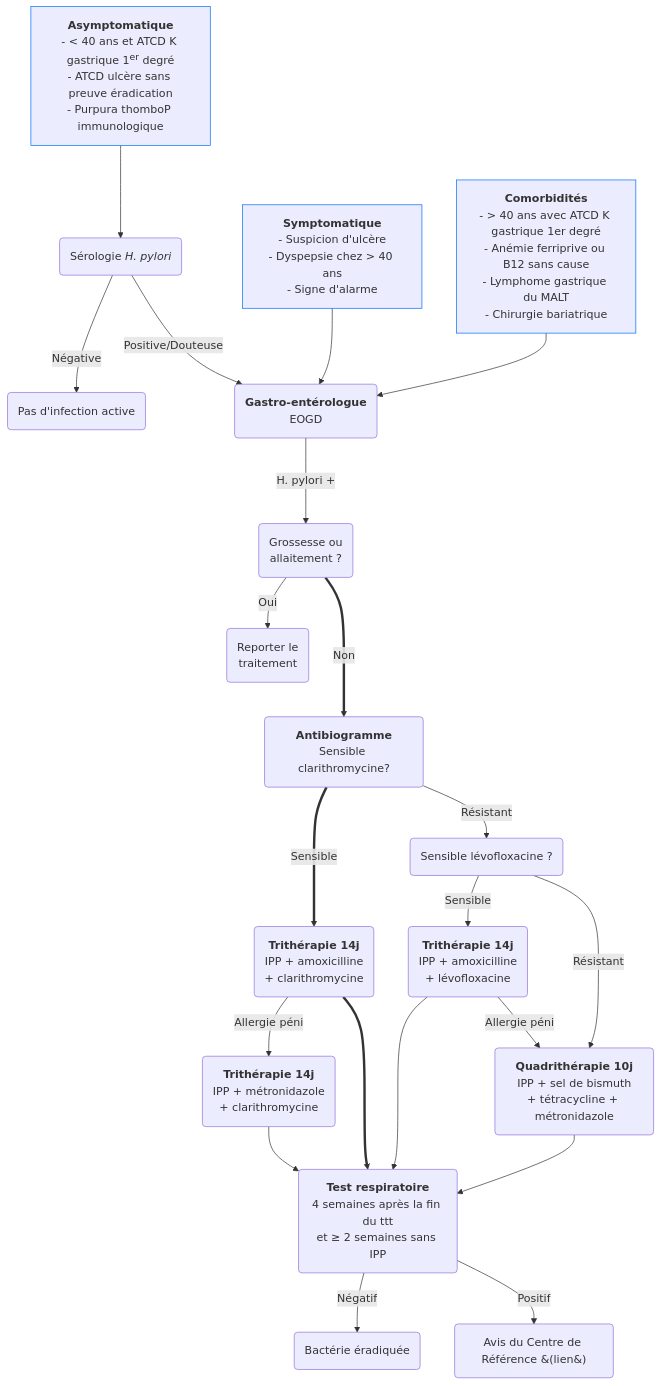
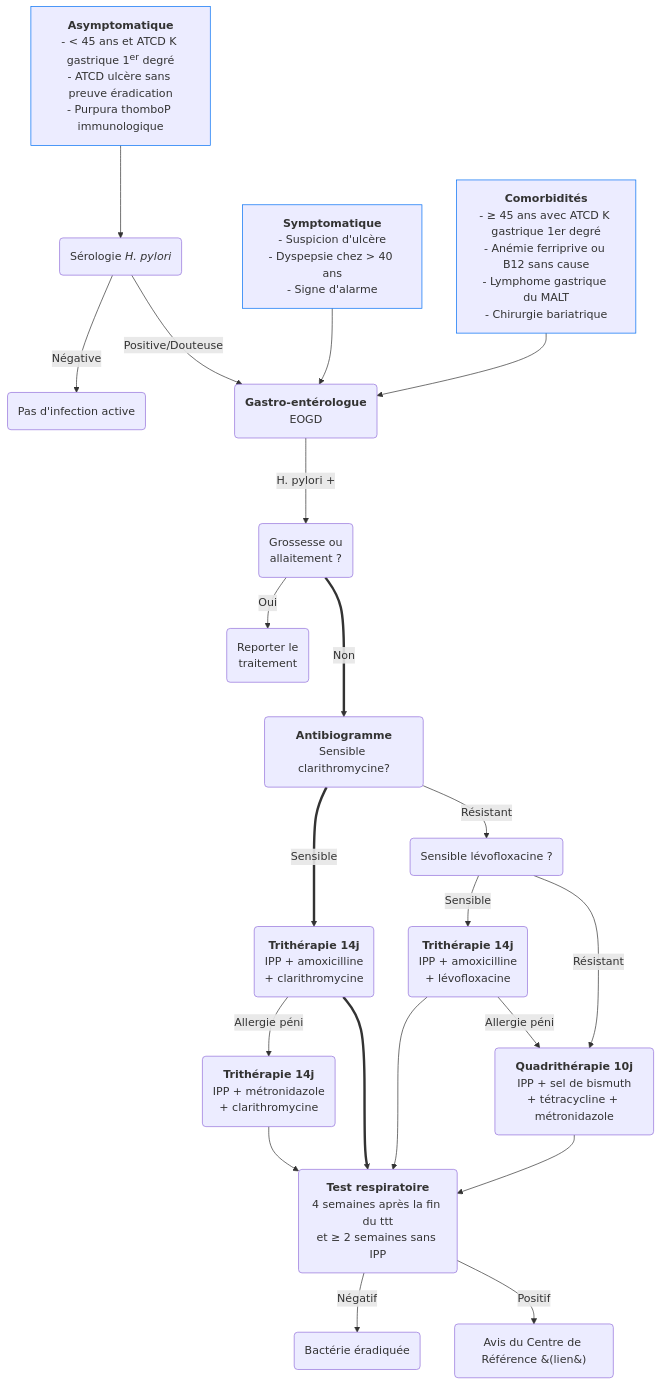
One commit to djibe/recommandations-medicales changed the first of 2 diagrams in content/recommandations/helicobacter-pylori.md. Above: the diagram before and after it, drawn with Mermaid. The commit also changed other lines of this file and 18 other files, not shown here.

```diff
--- a/content/recommandations/helicobacter-pylori.md
+++ b/content/recommandations/helicobacter-pylori.md
@@ -245,24 +245,24 @@
 {{< mermaid title="Conduite à tenir pour le traitement de Helicobacter pylori guidé par antibiogramme. Dr JB FRON d'après HAS/CNPHGE 2017 et GEFH 2019" >}}
 graph TB
-  asymptomatique["<b>Asymptomatique</b><br>- &lt; 40 ans et ATCD K gastrique 1<sup>er</sup> degré<br>- ATCD ulcère sans preuve éradication<br>- Purpura thomboP immunologique"] --> serologie("Sérologie <em>H. pylori</em>")
+  asymptomatique["<b>Asymptomatique</b><br>- &lt; 45 ans et ATCD K gastrique 1<sup>er</sup> degré<br>- ATCD ulcère sans preuve éradication<br>- Purpura thomboP immunologique"] --> serologie("Sérologie <em>H. pylori</em>")
   style asymptomatique stroke:#006ef4, stroke-width:1px
     serologie -- Négative --> indemne(Pas d'infection active)
     serologie -- Positive/Douteuse --> gastro
   suspicion["<b>Symptomatique</b><br>- Suspicion d'ulcère<br>- Dyspepsie chez &gt; 40 ans<br>- Signe d'alarme"] --> gastro("<b>Gastro-entérologue</b><br>EOGD")
   style suspicion stroke:#006ef4, stroke-width:1px
-  suspect["<b>Comorbidités</b><br>- &gt; 40 ans avec ATCD K gastrique 1er degré<br>- Anémie ferriprive ou B12 sans cause<br>- Lymphome gastrique du MALT<br>- Chirurgie bariatrique"] --> gastro
+  suspect["<b>Comorbidités</b><br>- &ge; 45 ans avec ATCD K gastrique 1er degré<br>- Anémie ferriprive ou B12 sans cause<br>- Lymphome gastrique du MALT<br>- Chirurgie bariatrique"] --> gastro
   style suspect stroke:#006ef4, stroke-width:1px
     gastro -- H. pylori + ---> grossesse("Grossesse ou<br>allaitement ?")
       grossesse == Non ===> antibiogramme("<b>Antibiogramme</b><br>Sensible clarithromycine?")
         antibiogramme == Sensible ==> triAmox("<b>Trithérapie 14j</b><br>IPP + amoxicilline<br>+ clarithromycine")
           triAmox -- "Allergie péni" --> triAmoxAllergie("<b>Trithérapie 14j</b><br>IPP + métronidazole<br>+ clarithromycine") --> controle
           triAmox ===> controle("<b>Test respiratoire</b><br>4 semaines après la fin du ttt<br>et ≥ 2 semaines sans IPP")
         antibiogramme -- "Résistant" --> levofloS("Sensible lévofloxacine ?")
           levofloS -- Sensible --> levoflo("<b>Trithérapie 14j</b><br>IPP + amoxicilline<br>+ lévofloxacine") --> controle
             levoflo -- "Allergie péni" --> quadrit
           levofloS -- "Résistant" --> quadrit("<b>Quadrithérapie 10j</b><br>IPP + sel de bismuth<br>+ tétracycline + métronidazole") --> controle
           controle -- Négatif --> ok(Bactérie éradiquée)
           controle -- Positif --> avis("Avis du Centre de Référence &#40;lien&#41;")
             click avis "http://www.helicobacter.fr/acces-aux-professionnels-de-la-sante/rcp-gefh/" _blank
       grossesse -- Oui --> reporter("Reporter le<br>traitement")
 {{< /mermaid >}}
```
